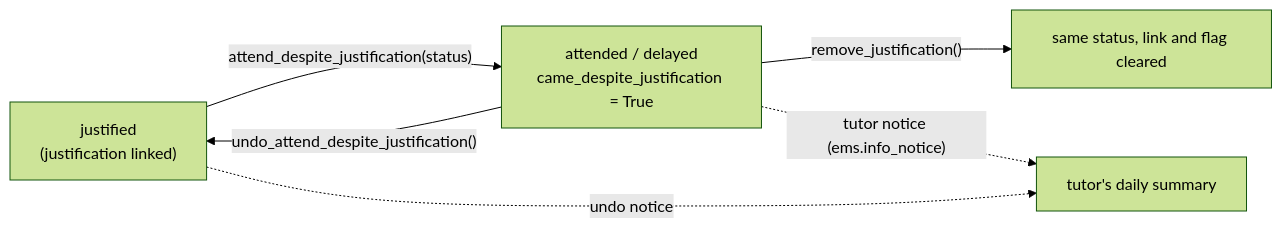
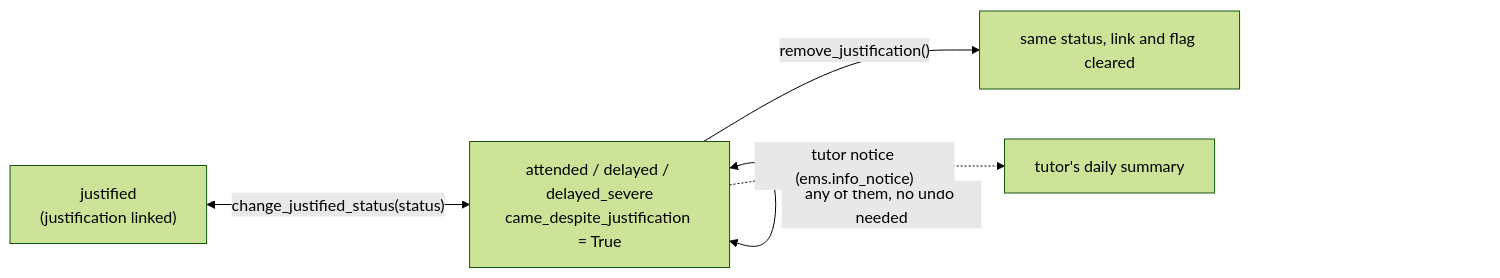
Before and after one commit to ElPuig/EMS: the fourth of 4 diagrams in docs/en/developers/attendance/attendance_session.md, drawn with Mermaid (forest theme). The commit also changed other lines of this file and 14 other files, not shown here.

Commit message:
Issue #811: switch freely between justified, attended, delays; only the ordinary miss stays locked

````diff
--- a/docs/en/developers/attendance/attendance_session.md
+++ b/docs/en/developers/attendance/attendance_session.md
@@ -326,8 +328,7 @@
 ```mermaid
 flowchart LR
-    J["justified<br/>(justification linked)"] -->|"attend_despite_justification(status)"| A["attended / delayed<br/>came_despite_justification = True"]
-    A -->|"undo_attend_despite_justification()"| J
+    J["justified<br/>(justification linked)"] <-->|"change_justified_status(status)"| A["attended / delayed / delayed_severe<br/>came_despite_justification = True"]
+    A <-->|"any of them, no undo needed"| A
     A -->|"remove_justification()"| K["same status, link and flag cleared"]
     A -. "tutor notice (ems.info_notice)" .-> T["tutor's daily summary"]
-    J -. "undo notice" .-> T
 ```
````
